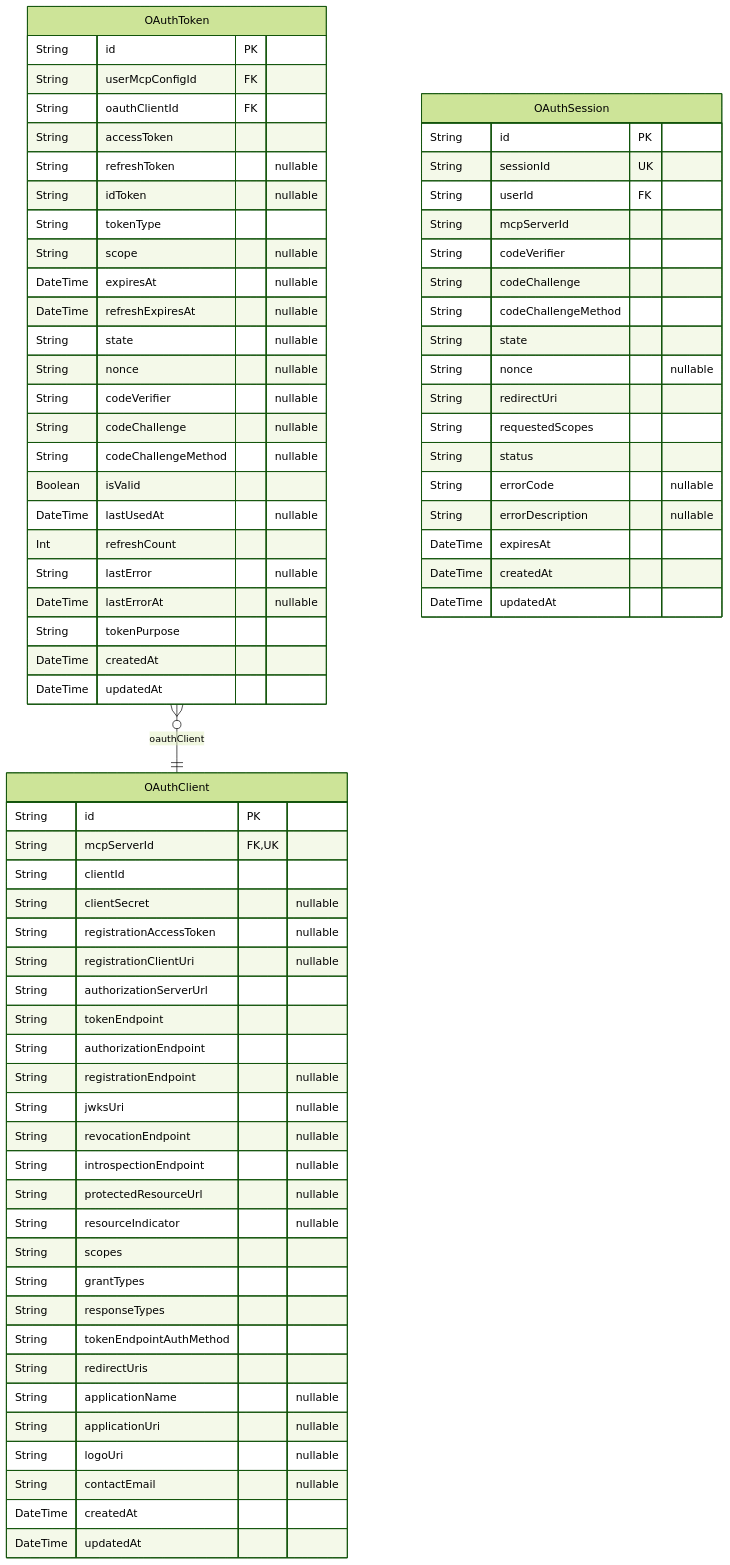
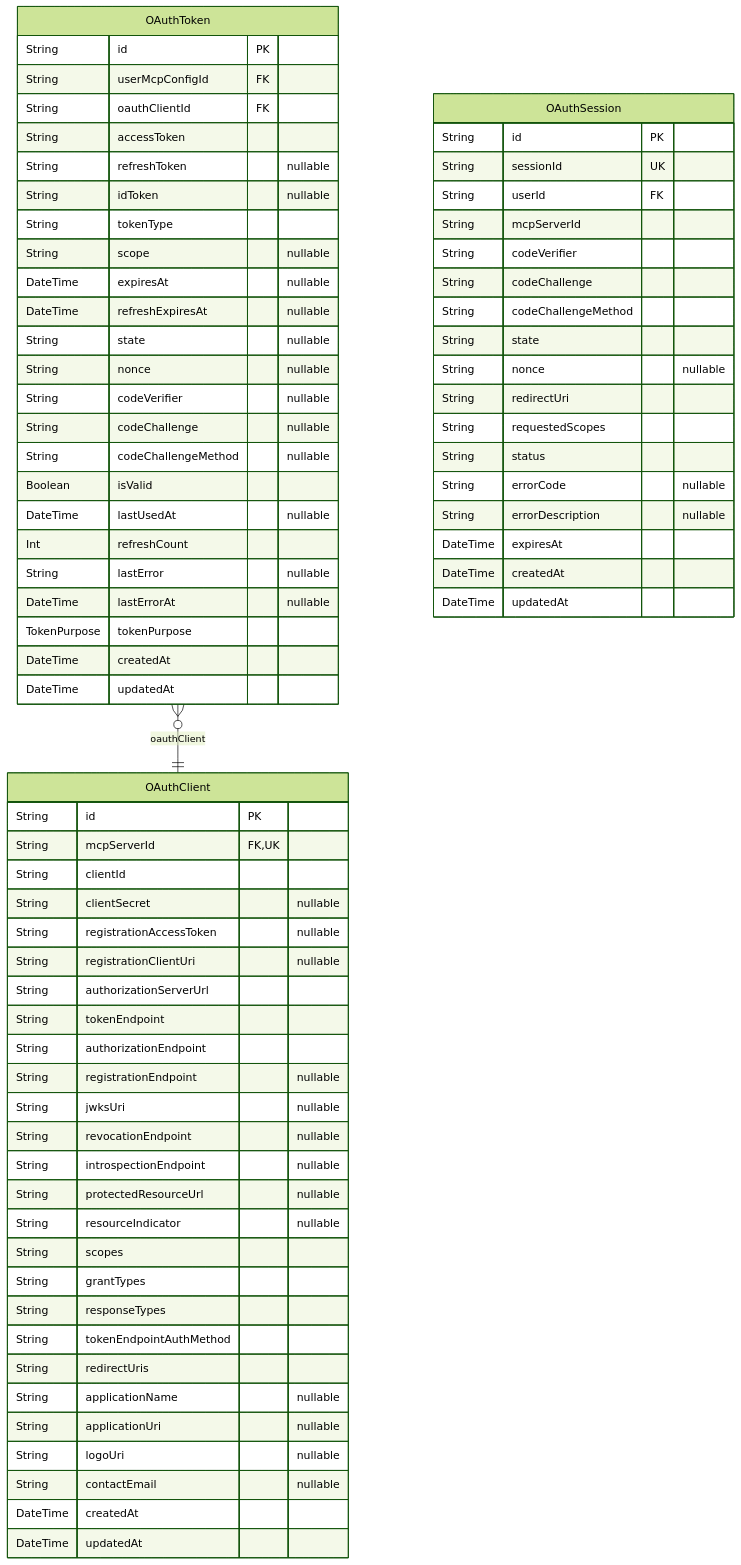
Before and after one commit to rayven122/tumiki: the fourth of 8 diagrams in packages/db/prisma/README.md, drawn with Mermaid (forest theme). The commit also changed other lines of this file and 3 other files, not shown here.

````diff
--- a/packages/db/prisma/README.md
+++ b/packages/db/prisma/README.md
@@ -383,76 +360,76 @@
 ```mermaid
 erDiagram
 "OAuthClient" {
   String id PK
   String mcpServerId FK,UK
   String clientId
   String clientSecret "nullable"
   String registrationAccessToken "nullable"
   String registrationClientUri "nullable"
   String authorizationServerUrl
   String tokenEndpoint
   String authorizationEndpoint
   String registrationEndpoint "nullable"
   String jwksUri "nullable"
   String revocationEndpoint "nullable"
   String introspectionEndpoint "nullable"
   String protectedResourceUrl "nullable"
   String resourceIndicator "nullable"
   String scopes
   String grantTypes
   String responseTypes
   String tokenEndpointAuthMethod
   String redirectUris
   String applicationName "nullable"
   String applicationUri "nullable"
   String logoUri "nullable"
   String contactEmail "nullable"
   DateTime createdAt
   DateTime updatedAt
 }
 "OAuthToken" {
   String id PK
   String userMcpConfigId FK
   String oauthClientId FK
   String accessToken
   String refreshToken "nullable"
   String idToken "nullable"
   String tokenType
   String scope "nullable"
   DateTime expiresAt "nullable"
   DateTime refreshExpiresAt "nullable"
   String state "nullable"
   String nonce "nullable"
   String codeVerifier "nullable"
   String codeChallenge "nullable"
   String codeChallengeMethod "nullable"
   Boolean isValid
   DateTime lastUsedAt "nullable"
   Int refreshCount
   String lastError "nullable"
   DateTime lastErrorAt "nullable"
-  String tokenPurpose
+  TokenPurpose tokenPurpose
   DateTime createdAt
   DateTime updatedAt
 }
 "OAuthSession" {
   String id PK
   String sessionId UK
   String userId FK
   String mcpServerId
   String codeVerifier
   String codeChallenge
   String codeChallengeMethod
   String state
   String nonce "nullable"
   String redirectUri
   String requestedScopes
   String status
   String errorCode "nullable"
   String errorDescription "nullable"
   DateTime expiresAt
   DateTime createdAt
   DateTime updatedAt
 }
 "OAuthToken" }o--|| "OAuthClient" : oauthClient
 ```
````
